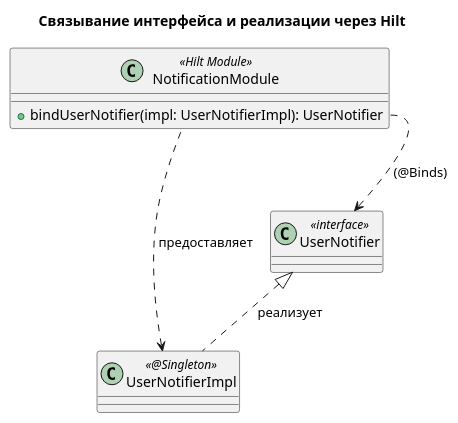
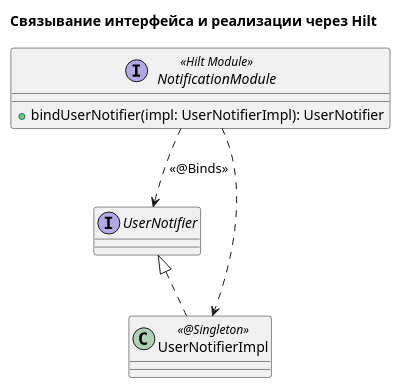
The second of 5 diagrams in docs/ts/MIDI_NOTIFICATION.md (astrizhachuk/PianoFlow), drawn with PlantUML before and after one commit. The commit also changed 1 other file, not shown here.

Commit message:
docs: обновить диаграммы в MIDI_CONNECTION и MIDI_NOTIFICATION

````diff
--- a/docs/ts/MIDI_NOTIFICATION.md
+++ b/docs/ts/MIDI_NOTIFICATION.md
@@ -91,16 +91,20 @@
 ```plantuml
 @startuml
 title Связывание интерфейса и реализации через Hilt
 
-class UserNotifier <<interface>>
+interface UserNotifier
 class UserNotifierImpl <<@Singleton>>
 
-class NotificationModule <<Hilt Module>> {
+interface NotificationModule <<Hilt Module>> {
   +bindUserNotifier(impl: UserNotifierImpl): UserNotifier
 }
 
-UserNotifierImpl .up.|> UserNotifier : реализует
-NotificationModule ..> UserNotifierImpl : предоставляет
-NotificationModule::bindUserNotifier ..> UserNotifier : "(@Binds)"
+' Реализация
+UserNotifierImpl .up.|> UserNotifier
+
+' Зависимость
+NotificationModule ..> UserNotifierImpl
+NotificationModule ..> UserNotifier : <<@Binds>>
+
 @enduml
 ```
````
